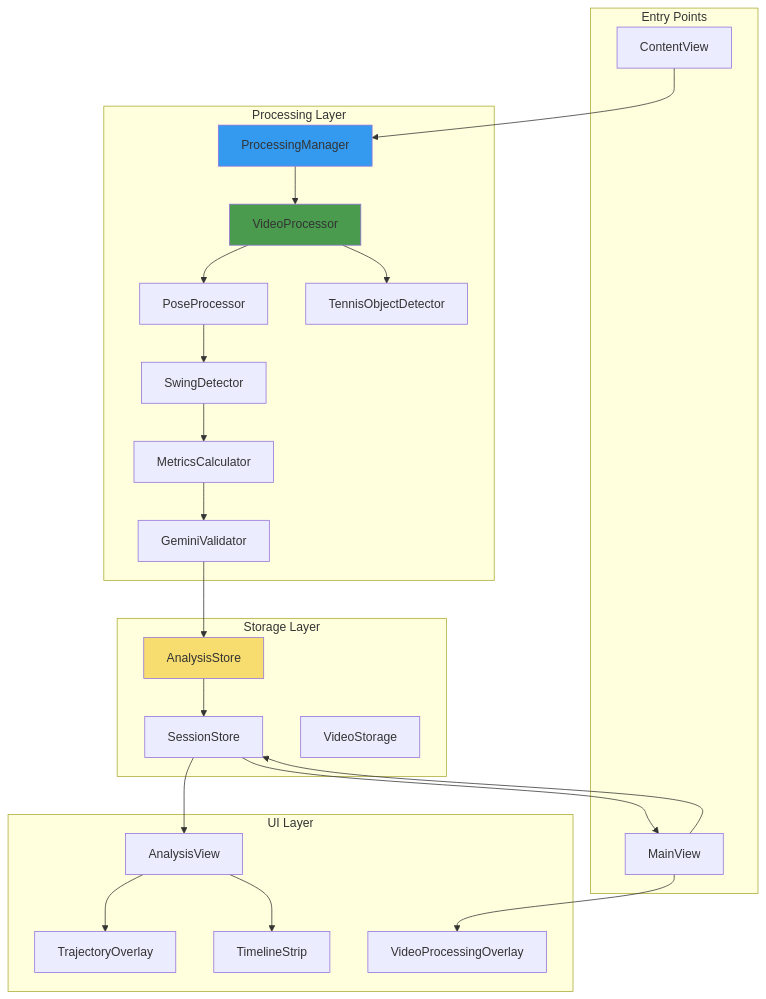
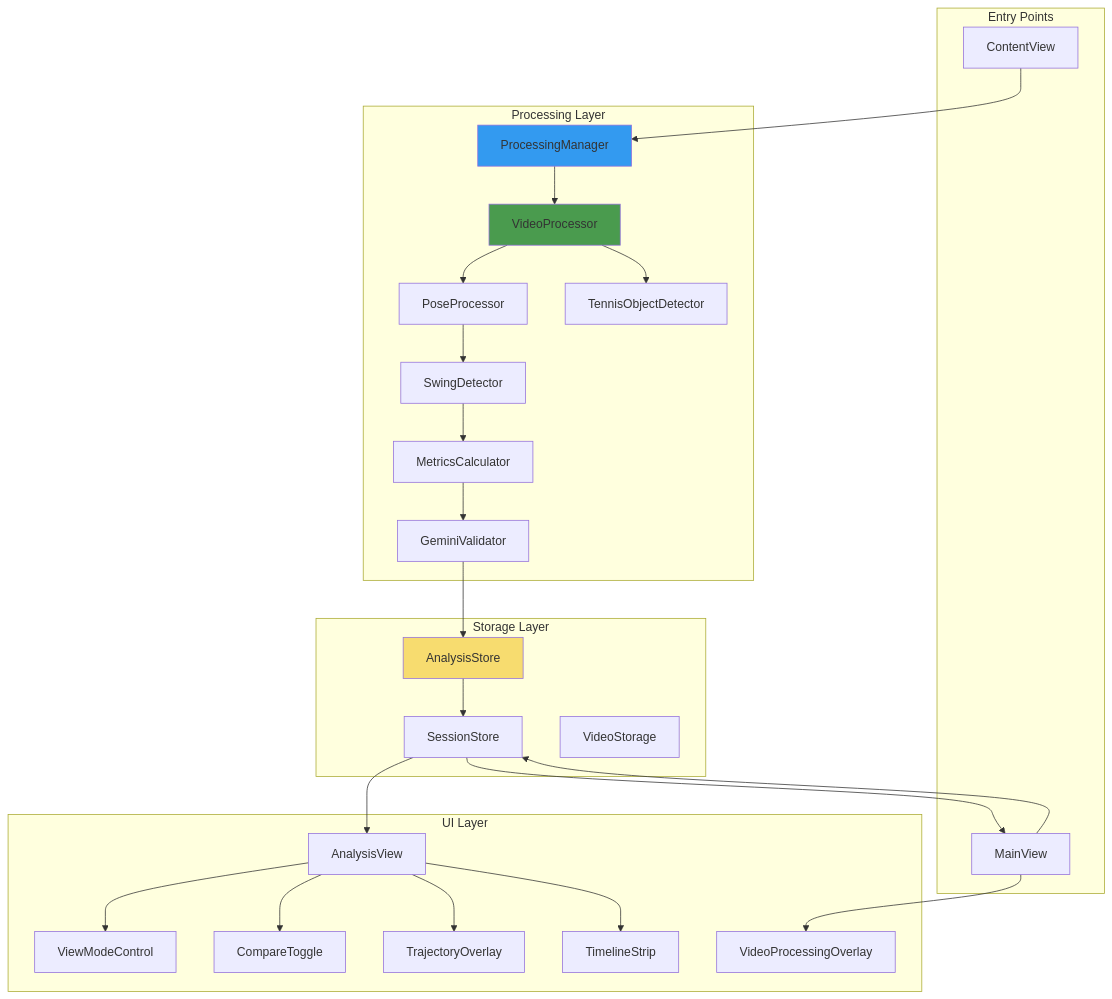
Before and after one commit to victorzhrn/swingmaster: the first of 10 diagrams in docs/0.4 Video Processing Architecture.md, drawn with Mermaid. The commit also changed other lines of this file and 7 other files, not shown here.

First line of the commit message:
Enhance Analysis View with Unified View Mode Control and Keyframe Tabs

````diff
--- a/docs/0.4 Video Processing Architecture.md
+++ b/docs/0.4 Video Processing Architecture.md
@@ -43,50 +43,54 @@
 ```mermaid
 graph TB
     subgraph "Entry Points"
         CV[ContentView]
         MV[MainView]
     end
     
     subgraph "Processing Layer"
         PM[ProcessingManager]
         VP[VideoProcessor]
         PP[PoseProcessor]
         TOD[TennisObjectDetector]
         SD[SwingDetector]
         MC[MetricsCalculator]
         GV[GeminiValidator]
     end
     
     subgraph "Storage Layer"
         SS[SessionStore]
         AS[AnalysisStore]
         VS[VideoStorage]
     end
     
     subgraph "UI Layer"
         AV[AnalysisView]
+        VMC[ViewModeControl]
+        CT[CompareToggle]
         TO[TrajectoryOverlay]
         TS[TimelineStrip]
         VPO[VideoProcessingOverlay]
     end
     
     CV --> PM
     MV --> SS
     PM --> VP
     VP --> PP
     VP --> TOD
     PP --> SD
     SD --> MC
     MC --> GV
     GV --> AS
     AS --> SS
     SS --> MV
     SS --> AV
+    AV --> VMC
+    AV --> CT
     AV --> TO
     AV --> TS
     MV --> VPO
     
     style PM fill:#339af0
     style VP fill:#4A9B4E
     style AS fill:#F7DC6F
 ```
````
